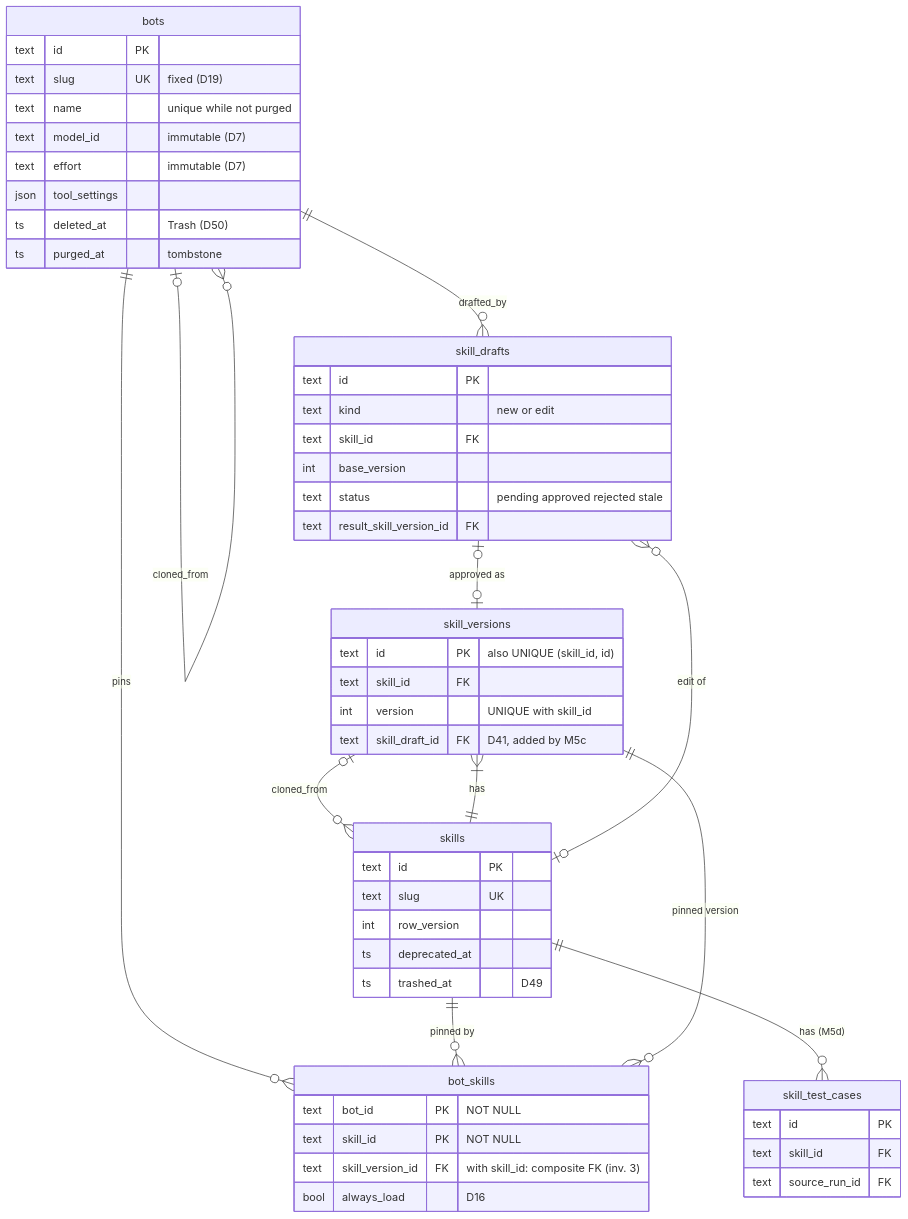
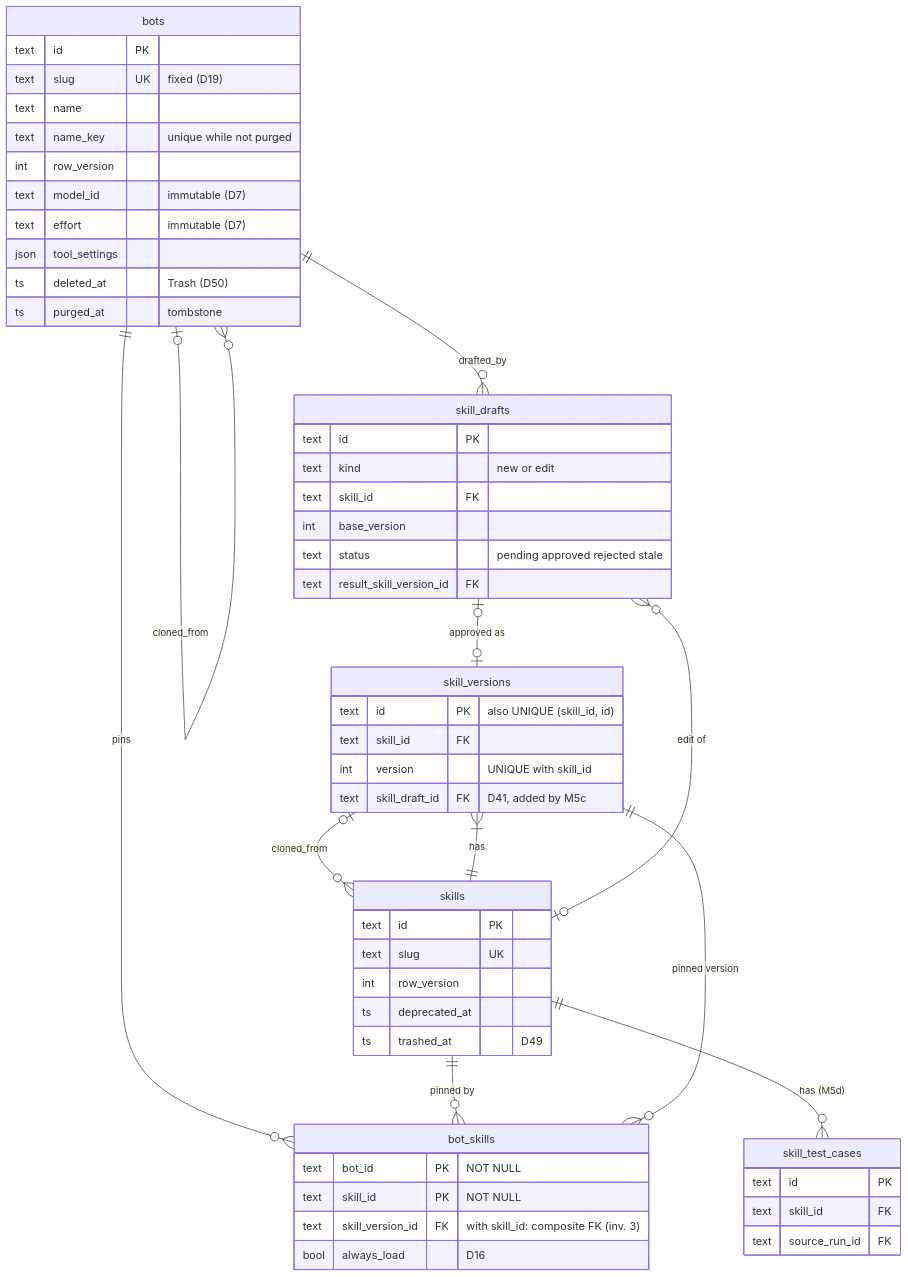
The first of 4 diagrams in docs/domain-model.md (binhle312/cty1ng), drawn with Mermaid before and after one commit. The commit also changed other lines of this file and 17 other files, not shown here.

````diff
--- a/docs/domain-model.md
+++ b/docs/domain-model.md
@@ -53,55 +53,57 @@
 ```mermaid
 erDiagram
   bots ||--o{ bot_skills : "pins"
   skills ||--o{ bot_skills : "pinned by"
   skill_versions ||--o{ bot_skills : "pinned version"
   skills ||--|{ skill_versions : "has"
   skill_versions |o--o{ skills : "cloned_from"
   bots |o--o{ bots : "cloned_from"
   bots ||--o{ skill_drafts : "drafted_by"
   skills |o--o{ skill_drafts : "edit of"
   skill_drafts |o--o| skill_versions : "approved as"
   skills ||--o{ skill_test_cases : "has (M5d)"
   bots {
     text id PK
     text slug UK "fixed (D19)"
-    text name "unique while not purged"
+    text name
+    text name_key "unique while not purged"
+    int row_version
     text model_id "immutable (D7)"
     text effort "immutable (D7)"
     json tool_settings
     ts deleted_at "Trash (D50)"
     ts purged_at "tombstone"
   }
   skills {
     text id PK
     text slug UK
     int row_version
     ts deprecated_at
     ts trashed_at "D49"
   }
   skill_versions {
     text id PK "also UNIQUE (skill_id, id)"
     text skill_id FK
     int version "UNIQUE with skill_id"
     text skill_draft_id FK "D41, added by M5c"
   }
   bot_skills {
     text bot_id PK "NOT NULL"
     text skill_id PK "NOT NULL"
     text skill_version_id FK "with skill_id: composite FK (inv. 3)"
     bool always_load "D16"
   }
   skill_drafts {
     text id PK
     text kind "new or edit"
     text skill_id FK
     int base_version
     text status "pending approved rejected stale"
     text result_skill_version_id FK
   }
   skill_test_cases {
     text id PK
     text skill_id FK
     text source_run_id FK
   }
 ```
````
